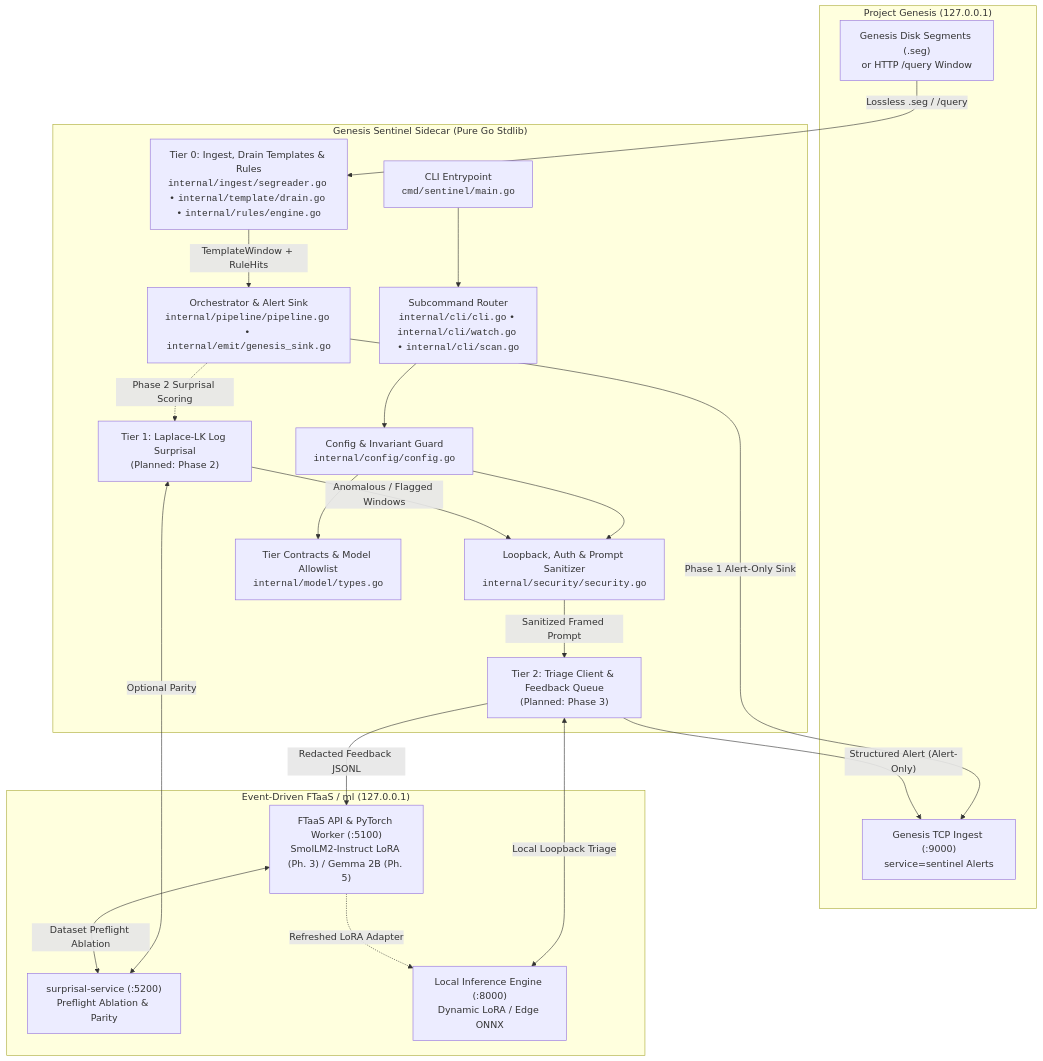
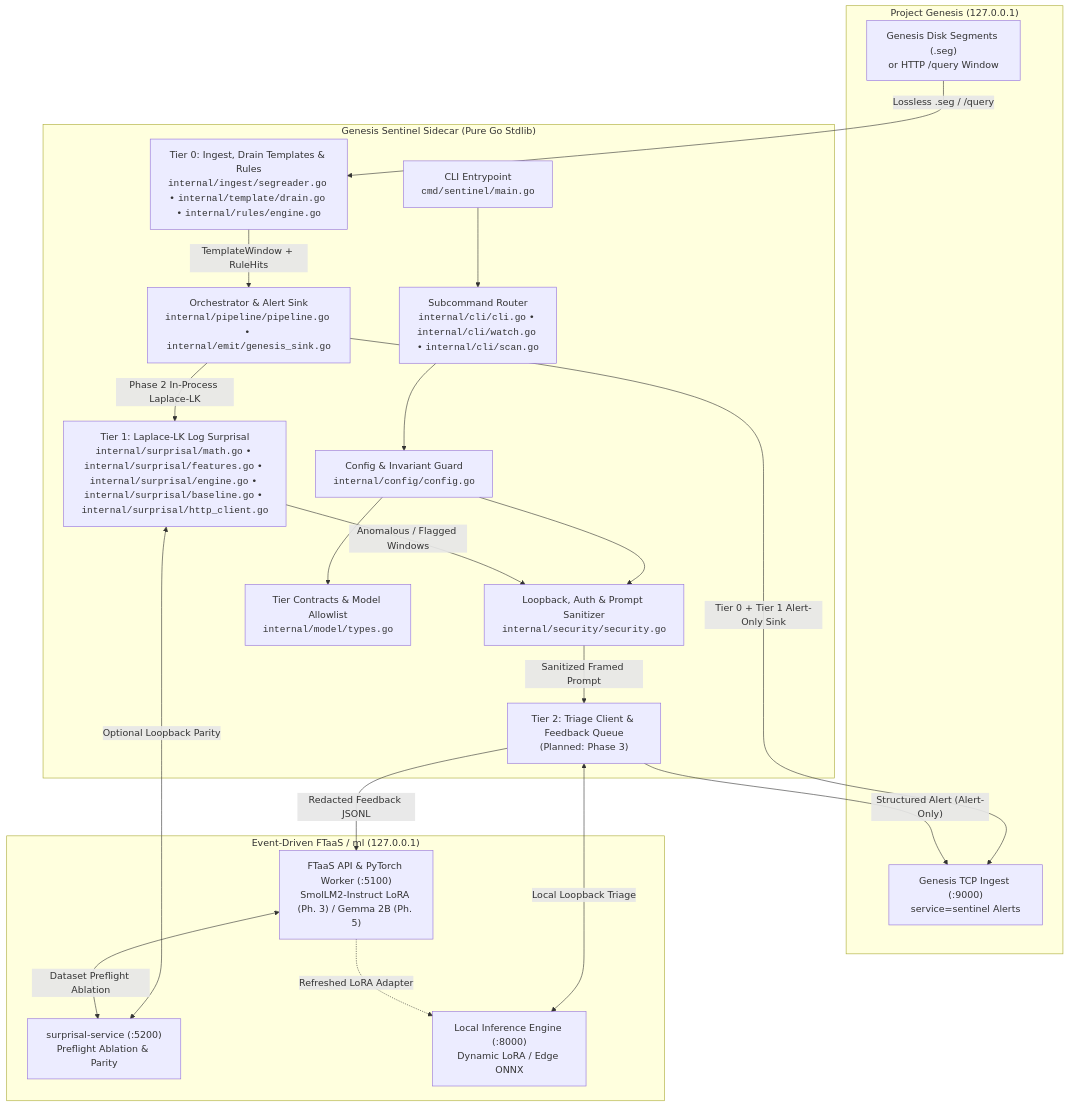
Before and after one commit to knowthankyew/genesis-sentinel: the first of 2 diagrams in docs/ARCHITECTURE.md, drawn with Mermaid. The commit also changed other lines of this file and 23 other files, not shown here.

Commit message:
feat(phase2): implement Tier 1 clean-room Laplace-LK log surprisal engine

````diff
--- a/docs/ARCHITECTURE.md
+++ b/docs/ARCHITECTURE.md
@@ -15,40 +15,40 @@
 ```mermaid
 flowchart TD
     subgraph GenesisHost["Project Genesis (127.0.0.1)"]
         Segs["Genesis Disk Segments (.seg)<br/>or HTTP /query Window"]
         GenSink["Genesis TCP Ingest (:9000)<br/>service=sentinel Alerts"]
     end
 
     subgraph SentinelCore["Genesis Sentinel Sidecar (Pure Go Stdlib)"]
         Entry["CLI Entrypoint<br/><code>cmd/sentinel/main.go</code>"]
         CLI["Subcommand Router<br/><code>internal/cli/cli.go</code> &bull; <code>internal/cli/watch.go</code> &bull; <code>internal/cli/scan.go</code>"]
         Cfg["Config & Invariant Guard<br/><code>internal/config/config.go</code>"]
         Sec["Loopback, Auth & Prompt Sanitizer<br/><code>internal/security/security.go</code>"]
         Types["Tier Contracts & Model Allowlist<br/><code>internal/model/types.go</code>"]
         T0["Tier 0: Ingest, Drain Templates & Rules<br/><code>internal/ingest/segreader.go</code> &bull; <code>internal/template/drain.go</code> &bull; <code>internal/rules/engine.go</code>"]
         Pipe["Orchestrator & Alert Sink<br/><code>internal/pipeline/pipeline.go</code> &bull; <code>internal/emit/genesis_sink.go</code>"]
-        T1["Tier 1: Laplace-LK Log Surprisal<br/>(Planned: Phase 2)"]
+        T1["Tier 1: Laplace-LK Log Surprisal<br/><code>internal/surprisal/math.go</code> &bull; <code>internal/surprisal/features.go</code> &bull; <code>internal/surprisal/engine.go</code> &bull; <code>internal/surprisal/baseline.go</code> &bull; <code>internal/surprisal/http_client.go</code>"]
         T2["Tier 2: Triage Client & Feedback Queue<br/>(Planned: Phase 3)"]
     end
 
     subgraph MLHost["Event-Driven FTaaS / ml (127.0.0.1)"]
         SurpSvc["surprisal-service (:5200)<br/>Preflight Ablation & Parity"]
         FTaaS["FTaaS API & PyTorch Worker (:5100)<br/>SmolLM2-Instruct LoRA (Ph. 3) / Gemma 2B (Ph. 5)"]
         Infer["Local Inference Engine (:8000)<br/>Dynamic LoRA / Edge ONNX"]
     end
 
     Entry --> CLI --> Cfg --> Sec
     Cfg --> Types
     Segs -->|"Lossless .seg / /query"| T0
     T0 -->|"TemplateWindow + RuleHits"| Pipe
-    Pipe -->|"Phase 1 Alert-Only Sink"| GenSink
-    Pipe -.->|"Phase 2 Surprisal Scoring"| T1
-    T1 <-->|"Optional Parity"| SurpSvc
+    Pipe -->|"Tier 0 + Tier 1 Alert-Only Sink"| GenSink
+    Pipe -->|"Phase 2 In-Process Laplace-LK"| T1
+    T1 <-->|"Optional Loopback Parity"| SurpSvc
     T1 -->|"Anomalous / Flagged Windows"| Sec
     Sec -->|"Sanitized Framed Prompt"| T2
     T2 <-->|"Local Loopback Triage"| Infer
     T2 -->|"Structured Alert (Alert-Only)"| GenSink
     T2 -->|"Redacted Feedback JSONL"| FTaaS
     FTaaS <-->|"Dataset Preflight Ablation"| SurpSvc
     FTaaS -.->|"Refreshed LoRA Adapter"| Infer
 ```
````
